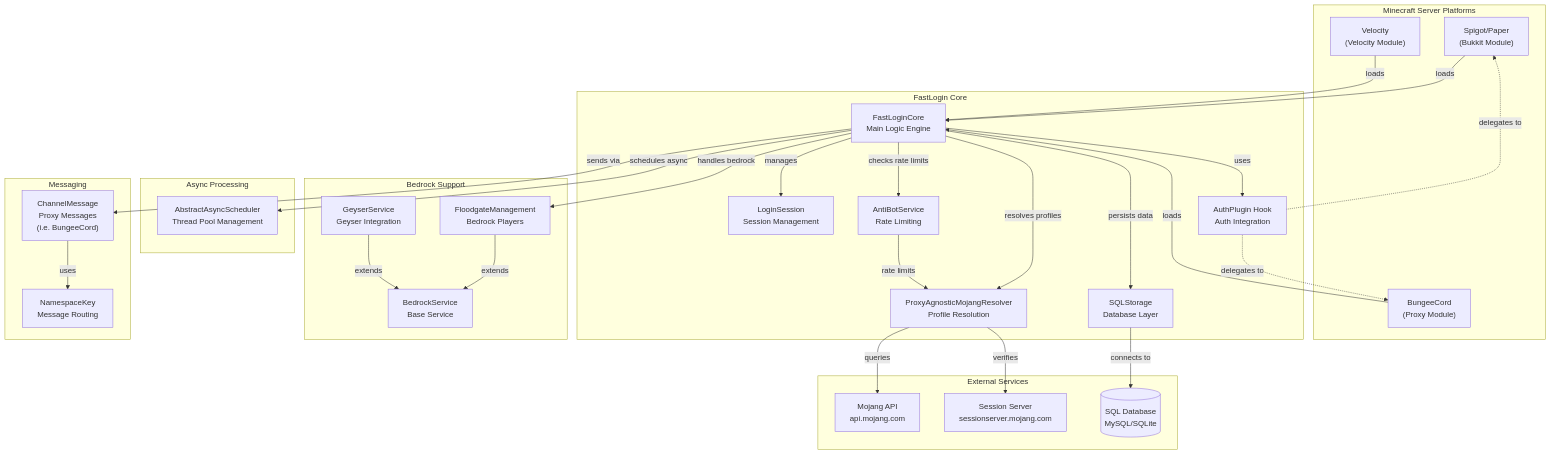
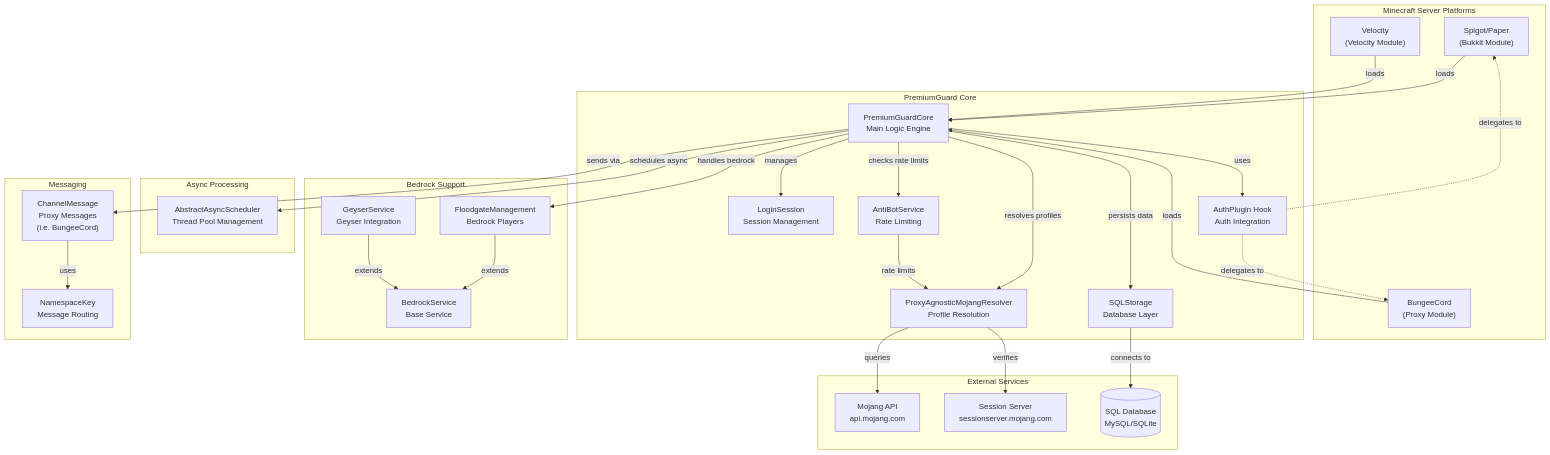
One commit to Deluxeg4/PremiumGuard changed the diagram in CONTRIBUTING.md. Above: the diagram before and after it, drawn with Mermaid. The commit also changed other lines of this file and 273 other files, not shown here.

Commit message:
Upgrade: Rename project to PremiumGuard, refactor packages, and add Gradle workflow

````diff
--- a/CONTRIBUTING.md
+++ b/CONTRIBUTING.md
@@ -5,67 +5,67 @@
 ```mermaid
 graph TB
     subgraph "Minecraft Server Platforms"
         SPIGOT["Spigot/Paper<br/>(Bukkit Module)"]
         BUNGEE["BungeeCord<br/>(Proxy Module)"]
         VELOCITY["Velocity<br/>(Velocity Module)"]
     end
 
-    subgraph "FastLogin Core"
-        CORE["FastLoginCore<br/>Main Logic Engine"]
+    subgraph "PremiumGuard Core"
+        CORE["PremiumGuardCore<br/>Main Logic Engine"]
         SESSION["LoginSession<br/>Session Management"]
         AUTH["AuthPlugin Hook<br/>Auth Integration"]
         RESOLVER["ProxyAgnosticMojangResolver<br/>Profile Resolution"]
         STORAGE["SQLStorage<br/>Database Layer"]
         ANTIBOT["AntiBotService<br/>Rate Limiting"]
     end
 
     subgraph "Bedrock Support"
         FLOODGATE["FloodgateManagement<br/>Bedrock Players"]
         GEYSER["GeyserService<br/>Geyser Integration"]
         BEDROCK["BedrockService<br/>Base Service"]
     end
 
     subgraph "External Services"
         MOJANG["Mojang API<br/>api.mojang.com"]
         SESSION_SERVER["Session Server<br/>sessionserver.mojang.com"]
         DATABASE[(SQL Database<br/>MySQL/SQLite)]
     end
 
     subgraph "Async Processing"
         SCHEDULER["AbstractAsyncScheduler<br/>Thread Pool Management"]
     end
 
     subgraph "Messaging"
         MESSAGES["ChannelMessage<br/>Proxy Messages <br/>(i.e. BungeeCord)"]
         NAMEKEY["NamespaceKey<br/>Message Routing"]
     end
 
     SPIGOT -->|loads| CORE
     BUNGEE -->|loads| CORE
     VELOCITY -->|loads| CORE
 
     CORE -->|manages| SESSION
     CORE -->|uses| AUTH
     CORE -->|resolves profiles| RESOLVER
     CORE -->|persists data| STORAGE
     CORE -->|checks rate limits| ANTIBOT
     CORE -->|handles bedrock| FLOODGATE
 
     FLOODGATE -->|extends| BEDROCK
     GEYSER -->|extends| BEDROCK
 
     RESOLVER -->|queries| MOJANG
     RESOLVER -->|verifies| SESSION_SERVER
 
     STORAGE -->|connects to| DATABASE
 
     CORE -->|schedules async| SCHEDULER
 
     MESSAGES -->|uses| NAMEKEY
     CORE -->|sends via| MESSAGES
 
     AUTH -.->|delegates to| SPIGOT
     AUTH -.->|delegates to| BUNGEE
 
     ANTIBOT -->|rate limits| RESOLVER
 ```
````
